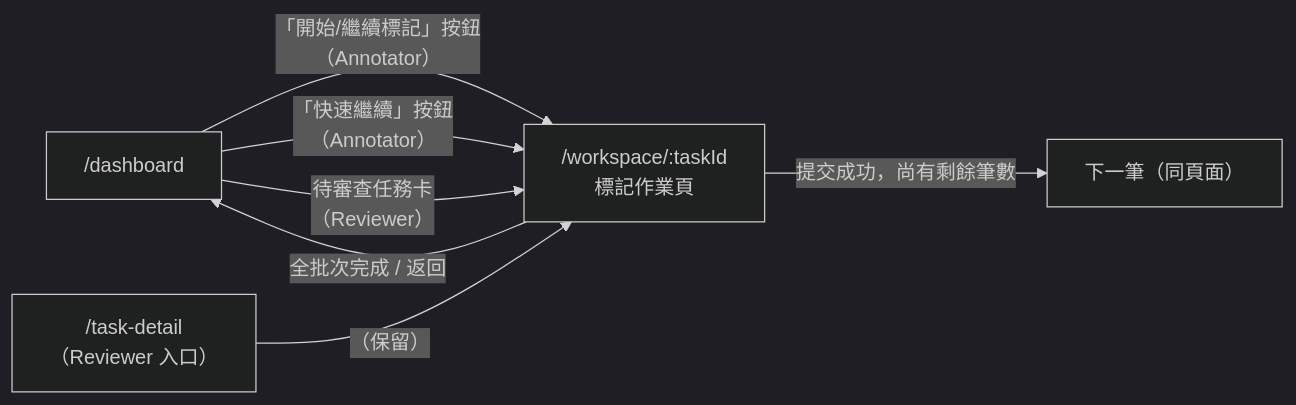
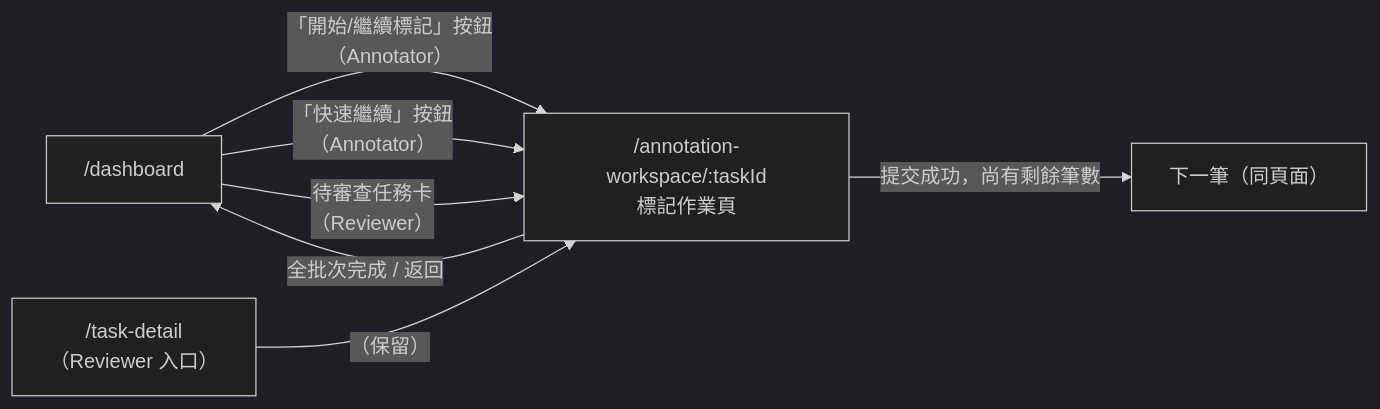
Before and after one commit to singyichen/label-suite: the second of 2 diagrams in specs/annotation/015-annotation-workspace/spec.md, drawn with Mermaid (dark theme). The commit also changed other lines of this file, not shown here.

````diff
--- a/specs/annotation/015-annotation-workspace/spec.md
+++ b/specs/annotation/015-annotation-workspace/spec.md
@@ -144,14 +144,14 @@
 ```mermaid
 flowchart LR
     dashboard["/dashboard"]
-    workspace["/workspace/:taskId\n標記作業頁"]
+    workspace["/annotation-workspace/:taskId\n標記作業頁"]
     next_item["下一筆（同頁面）"]
     task_detail["/task-detail\n（Reviewer 入口）"]
 
     dashboard -->|"「開始/繼續標記」按鈕\n（Annotator）"| workspace
     dashboard -->|"「快速繼續」按鈕\n（Annotator）"| workspace
     dashboard -->|"待審查任務卡\n（Reviewer）"| workspace
     task_detail -->|"（保留）"| workspace
     workspace -->|"提交成功，尚有剩餘筆數"| next_item
     workspace -->|"全批次完成 / 返回"| dashboard
 ```
````
